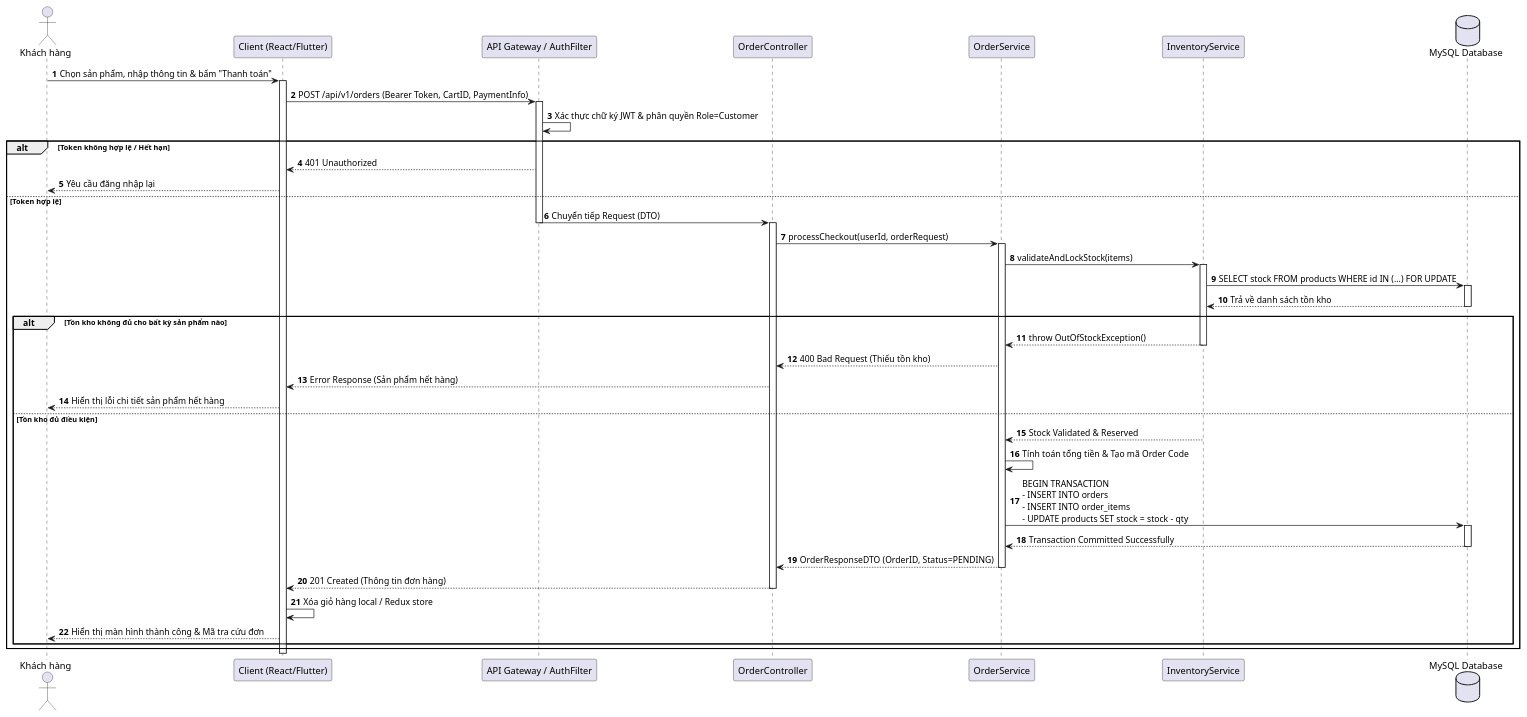
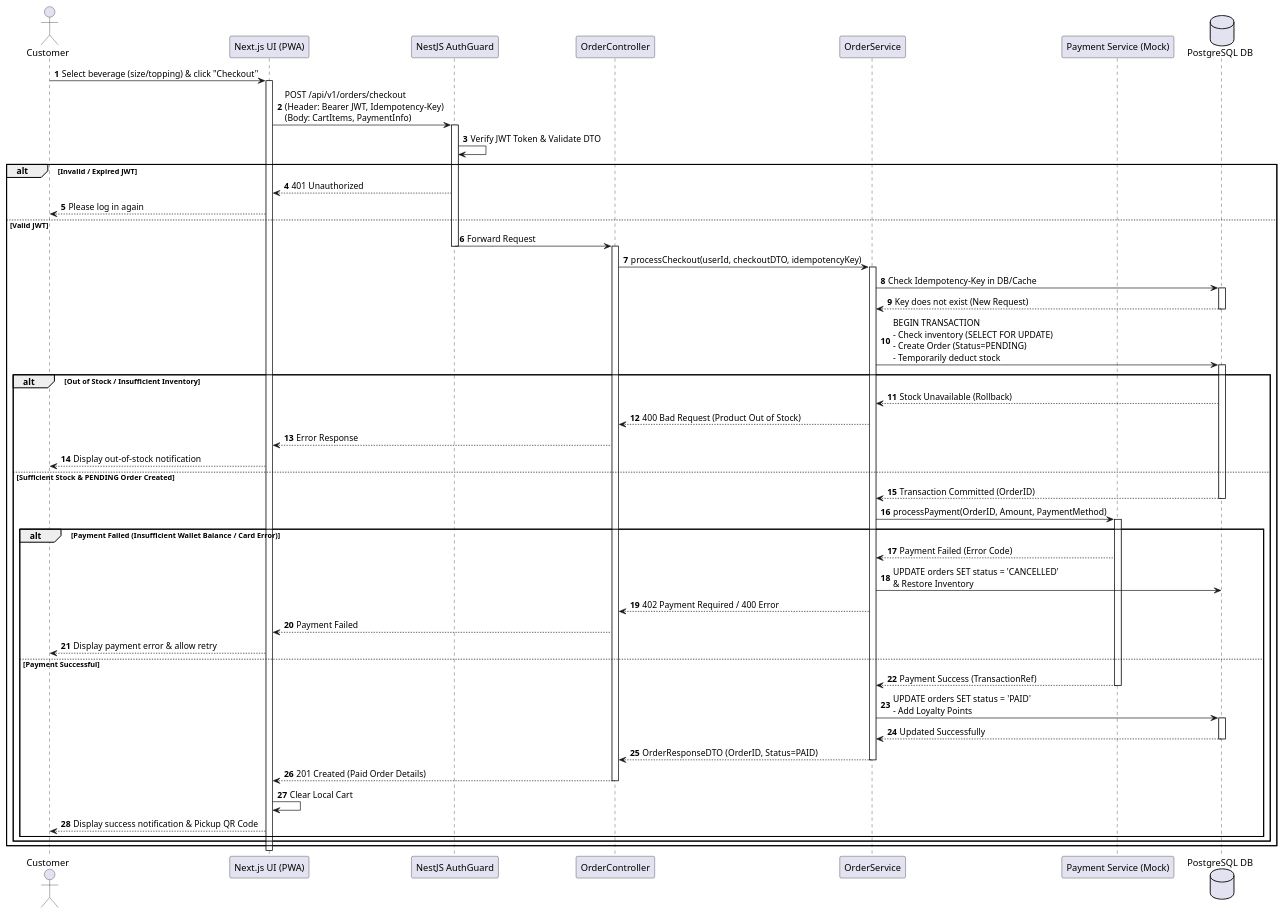
One commit to Nashando/BrewLite-SWE-project changed the diagram in TV2/Sequence diagram.md. Above: the diagram before and after it, drawn with PlantUML. The commit also changed other lines of this file, not shown here.

Commit message:
docs: chỉnh sửa Sequence

```diff
--- a/TV2/Sequence diagram.md
+++ b/TV2/Sequence diagram.md
@@ -3,65 +4,79 @@
 skinparam BoxPadding 10
 skinparam ParticipantPadding 10
 
-actor "Khách hàng" as Cust
-participant "Client (React/Flutter)" as UI
-participant "API Gateway / AuthFilter" as Auth
+actor "Customer" as Cust
+participant "Next.js UI (PWA)" as UI
+participant "NestJS AuthGuard" as Auth
 participant "OrderController" as Ctrl
 participant "OrderService" as Svc
-participant "InventoryService" as Inv
-database "MySQL Database" as DB
+participant "Payment Service (Mock)" as Pay
+database "PostgreSQL DB" as DB
 
-Cust -> UI: Chọn sản phẩm, nhập thông tin & bấm "Thanh toán"
+Cust -> UI: Select beverage (size/topping) & click "Checkout"
 activate UI
 
-UI -> Auth: POST /api/v1/orders (Bearer Token, CartID, PaymentInfo)
+UI -> Auth: POST /api/v1/orders/checkout\n(Header: Bearer JWT, Idempotency-Key)\n(Body: CartItems, PaymentInfo)
 activate Auth
 
-Auth -> Auth: Xác thực chữ ký JWT & phân quyền Role=Customer
-alt Token không hợp lệ / Hết hạn
+Auth -> Auth: Verify JWT Token & Validate DTO
+
+alt Invalid / Expired JWT
     Auth --> UI: 401 Unauthorized
-    UI --> Cust: Yêu cầu đăng nhập lại
-else Token hợp lệ
-    Auth -> Ctrl: Chuyển tiếp Request (DTO)
+    UI --> Cust: Please log in again
+else Valid JWT
+    Auth -> Ctrl: Forward Request
     deactivate Auth
     activate Ctrl
-    
-    Ctrl -> Svc: processCheckout(userId, orderRequest)
+
+    Ctrl -> Svc: processCheckout(userId, checkoutDTO, idempotencyKey)
     activate Svc
-    
-    Svc -> Inv: validateAndLockStock(items)
-    activate Inv
-    Inv -> DB: SELECT stock FROM products WHERE id IN (...) FOR UPDATE
+
+    Svc -> DB: Check Idempotency-Key in DB/Cache
     activate DB
-    DB --> Inv: Trả về danh sách tồn kho
+    DB --> Svc: Key does not exist (New Request)
     deactivate DB
-    
-    alt Tồn kho không đủ cho bất kỳ sản phẩm nào
-        Inv --> Svc: throw OutOfStockException()
-        deactivate Inv
-        Svc --> Ctrl: 400 Bad Request (Thiếu tồn kho)
-        Ctrl --> UI: Error Response (Sản phẩm hết hàng)
-        UI --> Cust: Hiển thị lỗi chi tiết sản phẩm hết hàng
-    else Tồn kho đủ điều kiện
-        Inv --> Svc: Stock Validated & Reserved
-        deactivate Inv
-        
-        Svc -> Svc: Tính toán tổng tiền & Tạo mã Order Code
-        
-        Svc -> DB: BEGIN TRANSACTION\n- INSERT INTO orders\n- INSERT INTO order_items\n- UPDATE products SET stock = stock - qty
-        activate DB
-        DB --> Svc: Transaction Committed Successfully
+
+    Svc -> DB: BEGIN TRANSACTION\n- Check inventory (SELECT FOR UPDATE)\n- Create Order (Status=PENDING)\n- Temporarily deduct stock
+    activate DB
+
+    alt Out of Stock / Insufficient Inventory
+        DB --> Svc: Stock Unavailable (Rollback)
+        Svc --> Ctrl: 400 Bad Request (Product Out of Stock)
+        Ctrl --> UI: Error Response
+        UI --> Cust: Display out-of-stock notification
+    else Sufficient Stock & PENDING Order Created
+        DB --> Svc: Transaction Committed (OrderID)
         deactivate DB
-        
-        Svc --> Ctrl: OrderResponseDTO (OrderID, Status=PENDING)
-        deactivate Svc
-        
-        Ctrl --> UI: 201 Created (Thông tin đơn hàng)
-        deactivate Ctrl
-        
-        UI -> UI: Xóa giỏ hàng local / Redux store
-        UI --> Cust: Hiển thị màn hình thành công & Mã tra cứu đơn
+
+        Svc -> Pay: processPayment(OrderID, Amount, PaymentMethod)
+        activate Pay
+
+        alt Payment Failed (Insufficient Wallet Balance / Card Error)
+            Pay --> Svc: Payment Failed (Error Code)
+            Svc -> DB: UPDATE orders SET status = 'CANCELLED'\n& Restore Inventory
+            Svc --> Ctrl: 402 Payment Required / 400 Error
+            Ctrl --> UI: Payment Failed
+            UI --> Cust: Display payment error & allow retry
+        else Payment Successful
+            Pay --> Svc: Payment Success (TransactionRef)
+            deactivate Pay
+
+            Svc -> DB: UPDATE orders SET status = 'PAID'\n- Add Loyalty Points
+            activate DB
+            DB --> Svc: Updated Successfully
+            deactivate DB
+
+            Svc --> Ctrl: OrderResponseDTO (OrderID, Status=PAID)
+            deactivate Svc
+
+            Ctrl --> UI: 201 Created (Paid Order Details)
+            deactivate Ctrl
+
+            UI -> UI: Clear Local Cart
+            UI --> Cust: Display success notification & Pickup QR Code
+        end
     end
 end
+
 deactivate UI
 @enduml
```
